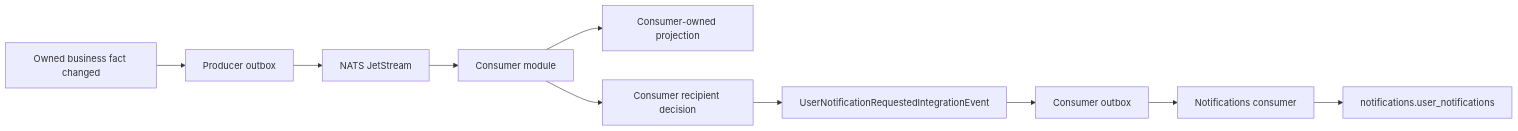
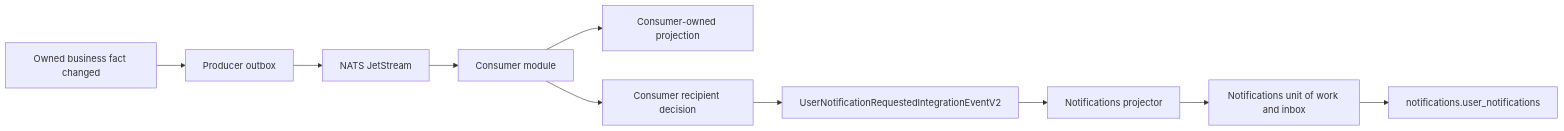
The second of 3 diagrams in docs/examples/cross-module-integration.md (SadPossum/BunkFy.Backend), drawn with Mermaid before and after one commit. The commit also changed other lines of this file and 56 other files, not shown here.

````diff
--- a/docs/examples/cross-module-integration.md
+++ b/docs/examples/cross-module-integration.md
@@ -54,12 +54,12 @@
 ```mermaid
 flowchart LR
     A["Owned business fact changed"] --> B["Producer outbox"]
     B --> C["NATS JetStream"]
     C --> D["Consumer module"]
     D --> E["Consumer-owned projection"]
     D --> F["Consumer recipient decision"]
-    F --> G["UserNotificationRequestedIntegrationEvent"]
-    G --> H["Consumer outbox"]
-    H --> I["Notifications consumer"]
+    F --> G["UserNotificationRequestedIntegrationEventV2"]
+    G --> H["Notifications projector"]
+    H --> I["Notifications unit of work and inbox"]
     I --> J["notifications.user_notifications"]
 ```
````
